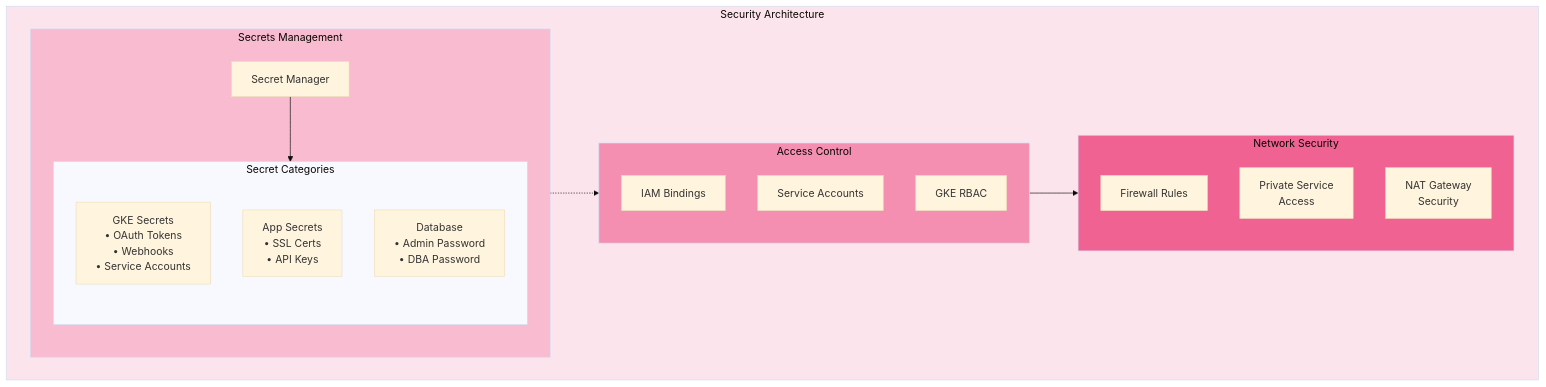
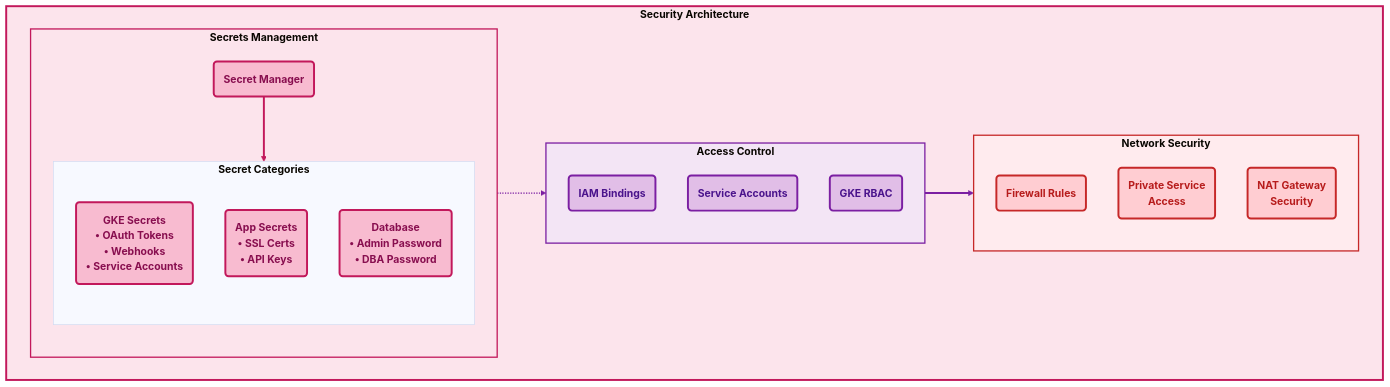
The fourth of 7 diagrams in docs/ARCHITECTURE_DIAGRAM.md (spolspol/terragrunt-gcp-org-automation), drawn with Mermaid (base theme) before and after one commit. The commit also changed other lines of this file, not shown here.

First line of the commit message:
Enhances GCP architecture diagram

````diff
--- a/docs/ARCHITECTURE_DIAGRAM.md
+++ b/docs/ARCHITECTURE_DIAGRAM.md
@@ -238,34 +309,46 @@
 ```mermaid
 flowchart TD
-    subgraph SecurityComponents["Security Architecture"]
-        subgraph SecretsManagement["Secrets Management"]
-            SM[Secret Manager]
-            subgraph SecretTypes["Secret Categories"]
-                GKE_SEC[GKE Secrets<br/>• OAuth Tokens<br/>• Webhooks<br/>• Service Accounts]
-                APP_SEC[App Secrets<br/>• SSL Certs<br/>• API Keys]
-                DB_SEC[Database<br/>• Admin Password<br/>• DBA Password]
+    subgraph SecurityComponents["<b>Security Architecture</b>"]
+        subgraph SecretsManagement["<b>Secrets Management</b>"]
+            SM("<b>Secret Manager</b>")
+            subgraph SecretTypes["<b>Secret Categories</b>"]
+                GKE_SEC("<b>GKE Secrets<br/>• OAuth Tokens<br/>• Webhooks<br/>• Service Accounts</b>")
+                APP_SEC("<b>App Secrets<br/>• SSL Certs<br/>• API Keys</b>")
+                DB_SEC("<b>Database<br/>• Admin Password<br/>• DBA Password</b>")
             end
-            SM --> SecretTypes
+            SM ==> SecretTypes
         end
-        
-        subgraph AccessControl["Access Control"]
-            IAM_BIND[IAM Bindings]
-            SA[Service Accounts]
-            RBAC[GKE RBAC]
+
+        subgraph AccessControl["<b>Access Control</b>"]
+            IAM_BIND("<b>IAM Bindings</b>")
+            SA("<b>Service Accounts</b>")
+            RBAC("<b>GKE RBAC</b>")
         end
-        
-        subgraph NetworkSecurity["Network Security"]
-            FW[Firewall Rules]
-            PSA[Private Service<br/>Access]
-            NAT_SEC[NAT Gateway<br/>Security]
+
+        subgraph NetworkSecurity["<b>Network Security</b>"]
+            FW("<b>Firewall Rules</b>")
+            PSA("<b>Private Service<br/>Access</b>")
+            NAT_SEC("<b>NAT Gateway<br/>Security</b>")
         end
     end
-    
+
     SecretsManagement -.-> AccessControl
-    AccessControl --> NetworkSecurity
-    
-    style SecurityComponents fill:#fce4ec
-    style SecretsManagement fill:#f8bbd0
-    style AccessControl fill:#f48fb1
-    style NetworkSecurity fill:#f06292
+    AccessControl ==> NetworkSecurity
+
+    classDef secrets fill:#f8bbd0,stroke:#c2185b,stroke-width:3px,font-weight:bold,color:#880e4f
+    classDef access fill:#e1bee7,stroke:#7b1fa2,stroke-width:3px,font-weight:bold,color:#4a148c
+    classDef netsec fill:#ffcdd2,stroke:#c62828,stroke-width:3px,font-weight:bold,color:#b71c1c
+
+    class SM,GKE_SEC,APP_SEC,DB_SEC secrets
+    class IAM_BIND,SA,RBAC access
+    class FW,PSA,NAT_SEC netsec
+
+    linkStyle 0 stroke:#c2185b,stroke-width:3px
+    linkStyle 1 stroke:#7b1fa2,stroke-width:2px
+    linkStyle 2 stroke:#7b1fa2,stroke-width:3px
+
+    style SecurityComponents fill:#fce4ec,stroke:#c2185b,stroke-width:3px
+    style SecretsManagement fill:#fce4ec,stroke:#c2185b,stroke-width:2px
+    style AccessControl fill:#f3e5f5,stroke:#7b1fa2,stroke-width:2px
+    style NetworkSecurity fill:#ffebee,stroke:#c62828,stroke-width:2px
 ```
````
